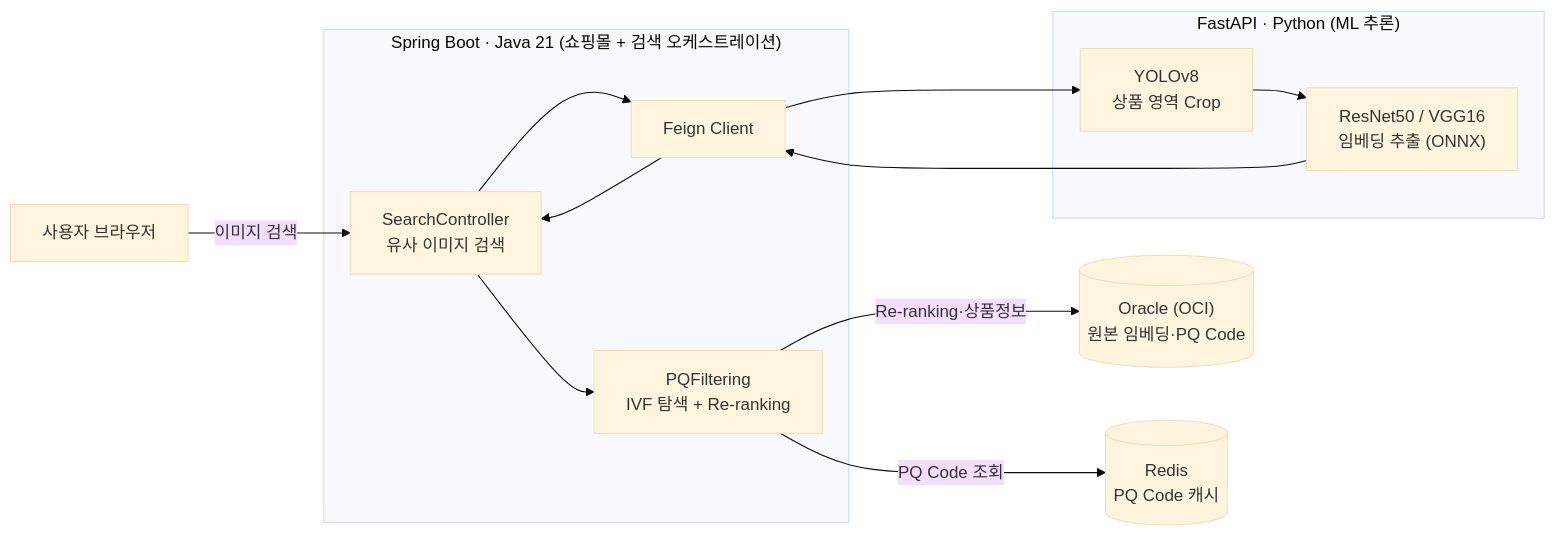
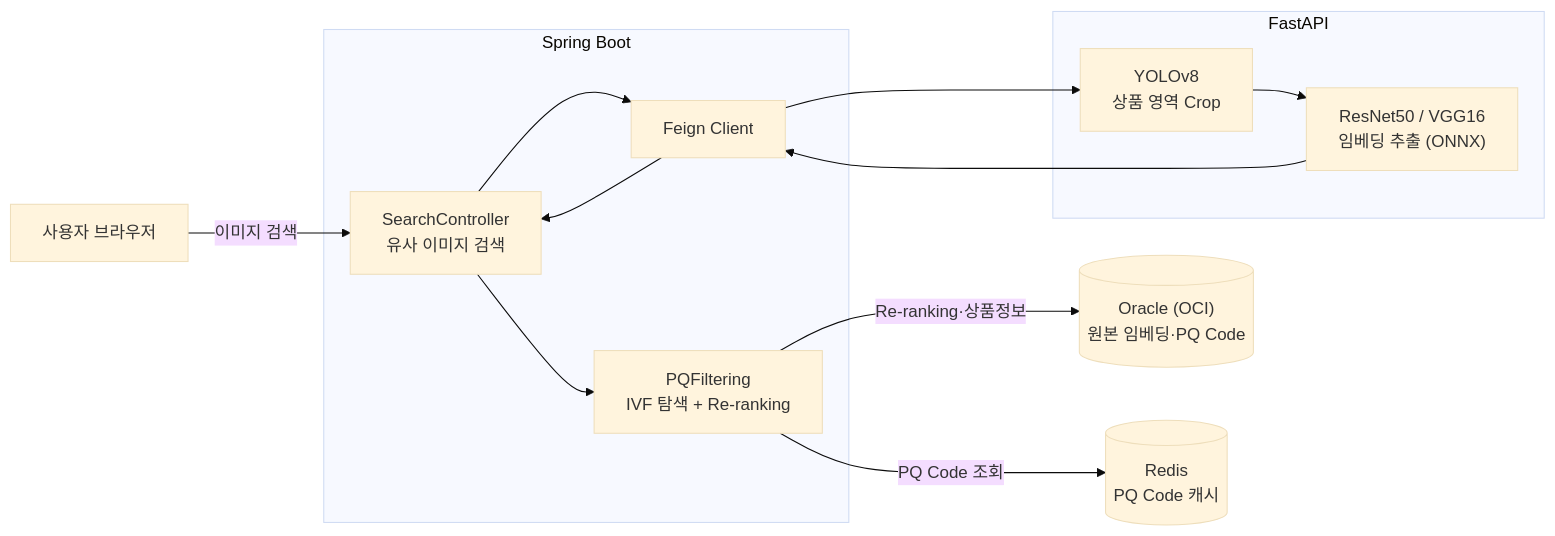
One commit to jimins5042/RecommendSystem changed the first of 4 diagrams in README.md. Above: the diagram before and after it, drawn with Mermaid (base theme). The commit also changed other lines of this file, not shown here.

````diff
--- a/README.md
+++ b/README.md
@@ -21,24 +20,24 @@
 ```mermaid
 flowchart LR
     User["사용자 브라우저"]
 
-    subgraph Spring["Spring Boot · Java 21 (쇼핑몰 + 검색 오케스트레이션)"]
+    subgraph Spring["Spring Boot"]
         Search["SearchController<br/>유사 이미지 검색"]
         PQ["PQFiltering<br/>IVF 탐색 + Re-ranking"]
         Feign["Feign Client"]
     end
 
-    subgraph Py["FastAPI · Python (ML 추론)"]
+    subgraph Py["FastAPI"]
         Detect["YOLOv8<br/>상품 영역 Crop"]
         Embed["ResNet50 / VGG16<br/>임베딩 추출 (ONNX)"]
     end
 
     Oracle[("Oracle (OCI)<br/>원본 임베딩·PQ Code")]
     Redis[("Redis<br/>PQ Code 캐시")]
 
     User -->|이미지 검색| Search
     Search --> Feign --> Detect --> Embed --> Feign --> Search
     Search --> PQ
     PQ -->|PQ Code 조회| Redis
     PQ -->|Re-ranking·상품정보| Oracle
 ```
````
